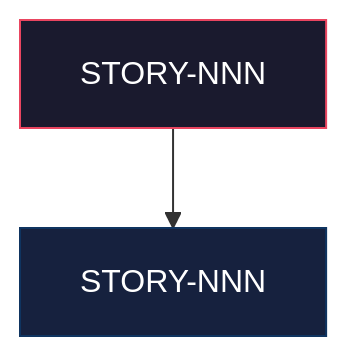
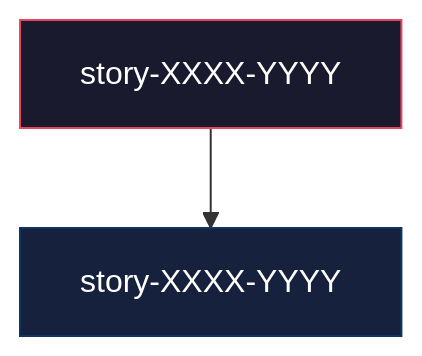
Before and after one commit to edercnj/ia-dev-environment: the diagram in resources/templates/_TEMPLATE-IMPLEMENTATION-MAP.md, drawn with Mermaid. The commit also changed other lines of this file and 130 other files, not shown here.

````diff
--- a/resources/templates/_TEMPLATE-IMPLEMENTATION-MAP.md
+++ b/resources/templates/_TEMPLATE-IMPLEMENTATION-MAP.md
@@ -73,20 +73,20 @@
 ```mermaid
 graph TD
-    S001["STORY-NNN<br/><Título curto>"]
-    S002["STORY-NNN<br/><Título curto>"]
+    S0001["story-XXXX-YYYY<br/><Título curto>"]
+    S0002["story-XXXX-YYYY<br/><Título curto>"]
 
     %% Fase 0 → 1
-    S001 --> S002
+    S0001 --> S0002
 
     %% Estilos por fase
     classDef fase0 fill:#1a1a2e,stroke:#e94560,color:#fff
     classDef fase1 fill:#16213e,stroke:#0f3460,color:#fff
     classDef fase2 fill:#533483,stroke:#e94560,color:#fff
     classDef fase3 fill:#e94560,stroke:#fff,color:#fff
     classDef faseQE fill:#0d7377,stroke:#14ffec,color:#fff
     classDef faseTD fill:#2d3436,stroke:#fdcb6e,color:#fff
     classDef faseCR fill:#6c5ce7,stroke:#a29bfe,color:#fff
 
-    class S001 fase0
-    class S002 fase1
+    class S0001 fase0
+    class S0002 fase1
 ```
````
